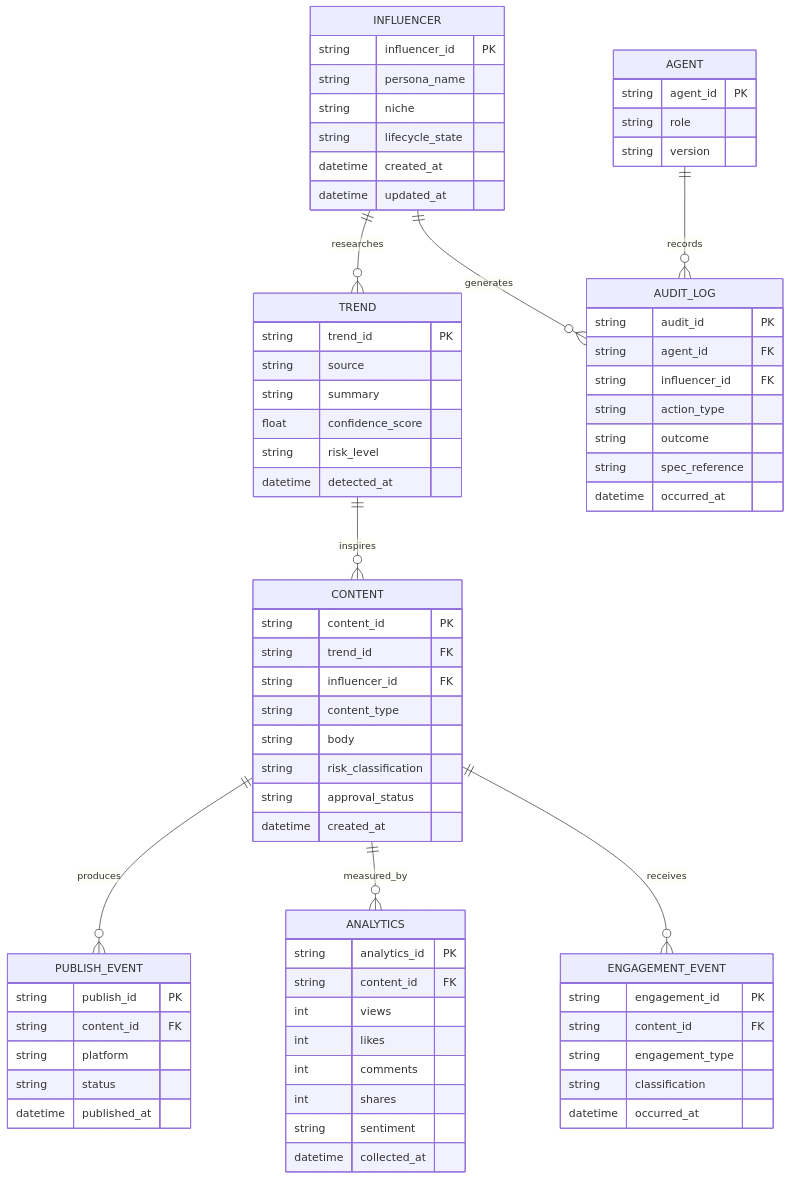
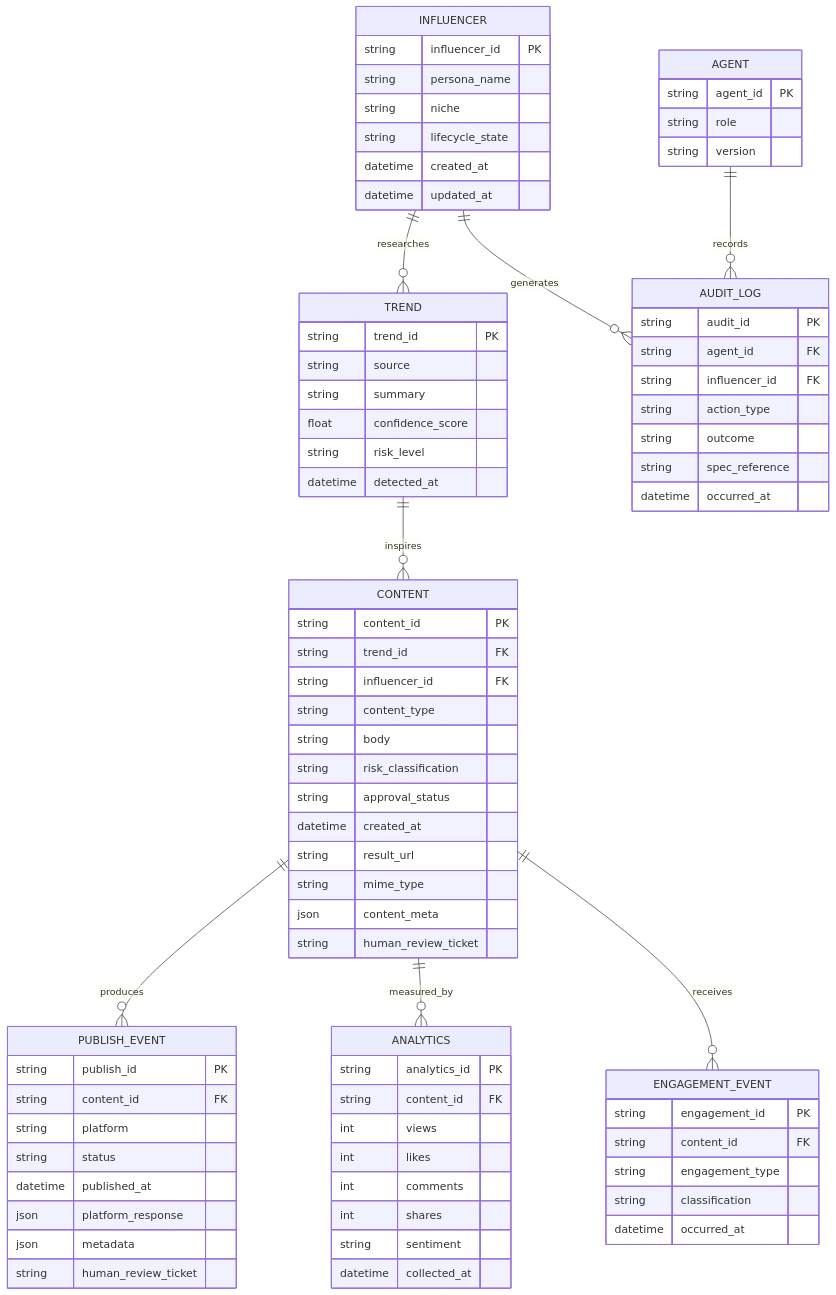
Before and after one commit to duressa2022/tenx-chimera: the diagram in specs/technical/database/erd.mmd, drawn with Mermaid. The commit also changed 5 other files, not shown here.

Commit message:
edit: api-contract-and database schema

```diff
--- a/specs/technical/database/erd.mmd
+++ b/specs/technical/database/erd.mmd
@@ -1,80 +1,87 @@
 erDiagram
     INFLUENCER ||--o{ TREND : researches
     TREND ||--o{ CONTENT : inspires
     CONTENT ||--o{ PUBLISH_EVENT : produces
     CONTENT ||--o{ ANALYTICS : measured_by
     INFLUENCER ||--o{ AUDIT_LOG : generates
     AGENT ||--o{ AUDIT_LOG : records
     CONTENT ||--o{ ENGAGEMENT_EVENT : receives
 
     INFLUENCER {
         string influencer_id PK
         string persona_name
         string niche
         string lifecycle_state
         datetime created_at
         datetime updated_at
     }
 
     TREND {
         string trend_id PK
         string source
         string summary
         float confidence_score
         string risk_level
         datetime detected_at
     }
 
     CONTENT {
         string content_id PK
         string trend_id FK
         string influencer_id FK
         string content_type
         string body
         string risk_classification
         string approval_status
         datetime created_at
+        string result_url
+        string mime_type
+        json content_meta
+        string human_review_ticket
     }
 
     PUBLISH_EVENT {
         string publish_id PK
         string content_id FK
         string platform
         string status
         datetime published_at
+        json platform_response
+        json metadata
+        string human_review_ticket
     }
 
     ANALYTICS {
         string analytics_id PK
         string content_id FK
         int views
         int likes
         int comments
         int shares
         string sentiment
         datetime collected_at
     }
 
     ENGAGEMENT_EVENT {
         string engagement_id PK
         string content_id FK
         string engagement_type
         string classification
         datetime occurred_at
     }
 
     AGENT {
         string agent_id PK
         string role
         string version
     }
 
     AUDIT_LOG {
         string audit_id PK
         string agent_id FK
         string influencer_id FK
         string action_type
         string outcome
         string spec_reference
         datetime occurred_at
     }
```
